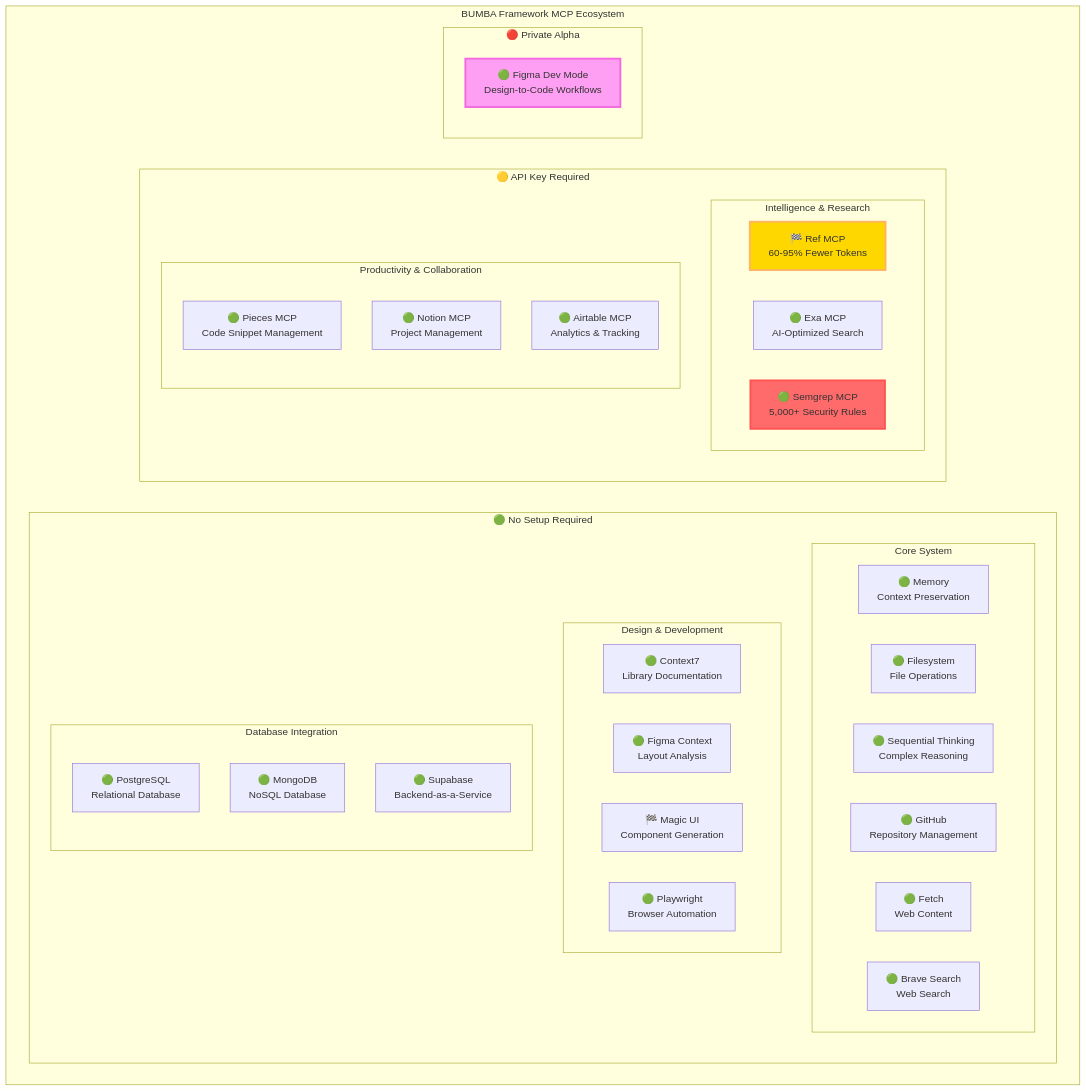
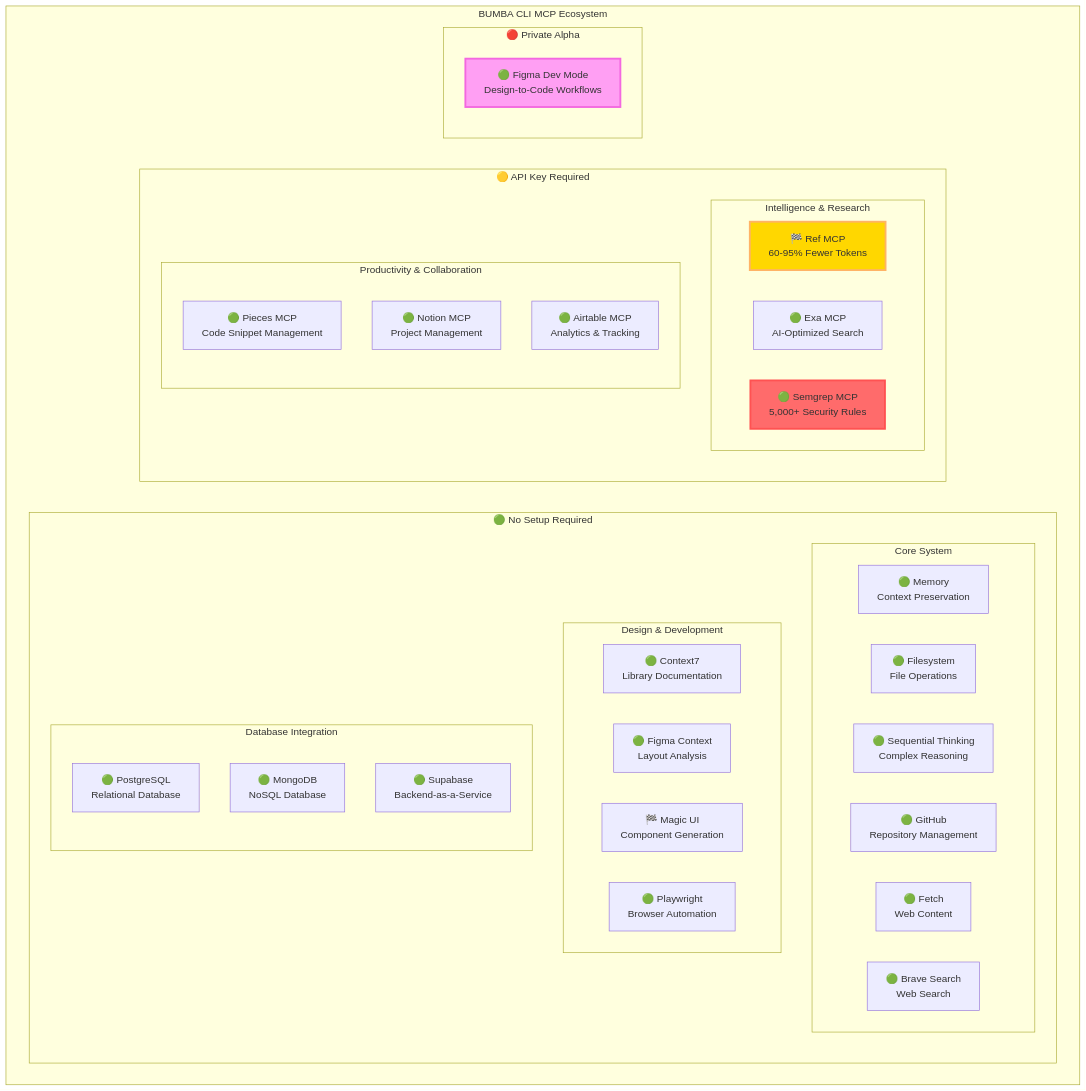
One commit to a2z2k25/BUMBA-2.0 changed the diagram in docs/04-integrations/MCP_SERVER_DIAGRAMS.MD. Above: the diagram before and after it, drawn with Mermaid. The commit also changed other lines of this file and 241 other files, not shown here.

````diff
--- a/docs/04-integrations/MCP_SERVER_DIAGRAMS.MD
+++ b/docs/04-integrations/MCP_SERVER_DIAGRAMS.MD
@@ -7,50 +7,50 @@
 ```mermaid
 graph TB
-    subgraph "BUMBA Framework MCP Ecosystem"
+    subgraph "BUMBA CLI MCP Ecosystem"
         subgraph "🟢 No Setup Required"
             subgraph "Core System"
                 Memory["🟢 Memory<br/>Context Preservation"]
                 Filesystem["🟢 Filesystem<br/>File Operations"]
                 Sequential["🟢 Sequential Thinking<br/>Complex Reasoning"]
                 GitHub["🟢 GitHub<br/>Repository Management"]
                 Fetch["🟢 Fetch<br/>Web Content"]
                 BraveSearch["🟢 Brave Search<br/>Web Search"]
             end
             
             subgraph "Design & Development"
                 Context7["🟢 Context7<br/>Library Documentation"]
                 FigmaContext["🟢 Figma Context<br/>Layout Analysis"]
                 MagicUI["🏁 Magic UI<br/>Component Generation"]
                 Playwright["🟢 Playwright<br/>Browser Automation"]
             end
             
             subgraph "Database Integration"
                 PostgreSQL["🟢 PostgreSQL<br/>Relational Database"]
                 MongoDB["🟢 MongoDB<br/>NoSQL Database"]
                 Supabase["🟢 Supabase<br/>Backend-as-a-Service"]
             end
         end
         
         subgraph "🟡 API Key Required"
             subgraph "Intelligence & Research"
                 RefMCP["🏁 Ref MCP<br/>60-95% Fewer Tokens"]
                 ExaMCP["🟢 Exa MCP<br/>AI-Optimized Search"]
                 SemgrepMCP["🟢 Semgrep MCP<br/>5,000+ Security Rules"]
             end
             
             subgraph "Productivity & Collaboration"
                 PiecesMCP["🟢 Pieces MCP<br/>Code Snippet Management"]
                 NotionMCP["🟢 Notion MCP<br/>Project Management"]
                 AirtableMCP["🟢 Airtable MCP<br/>Analytics & Tracking"]
             end
         end
         
         subgraph "🔴 Private Alpha"
             FigmaDevMode["🟢 Figma Dev Mode<br/>Design-to-Code Workflows"]
         end
     end
     
     style RefMCP fill:#ffd700,stroke:#ffb366,stroke-width:3px
     style SemgrepMCP fill:#ff6b6b,stroke:#ff5252,stroke-width:3px
     style FigmaDevMode fill:#ff9ff3,stroke:#f368e0,stroke-width:3px
 ```
````
